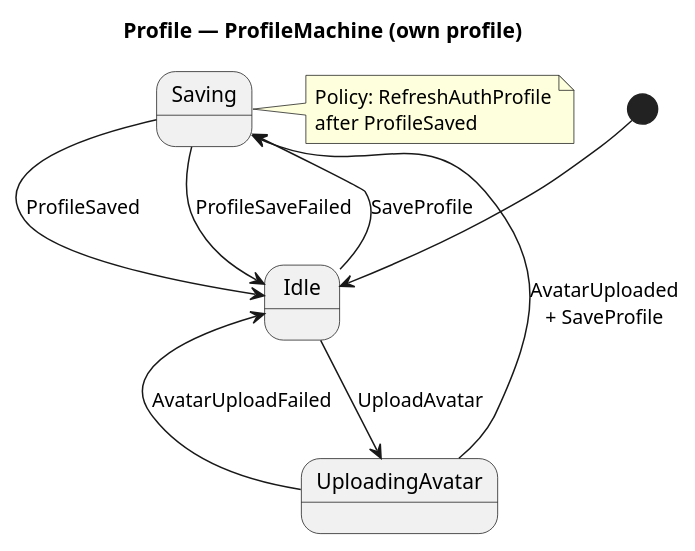
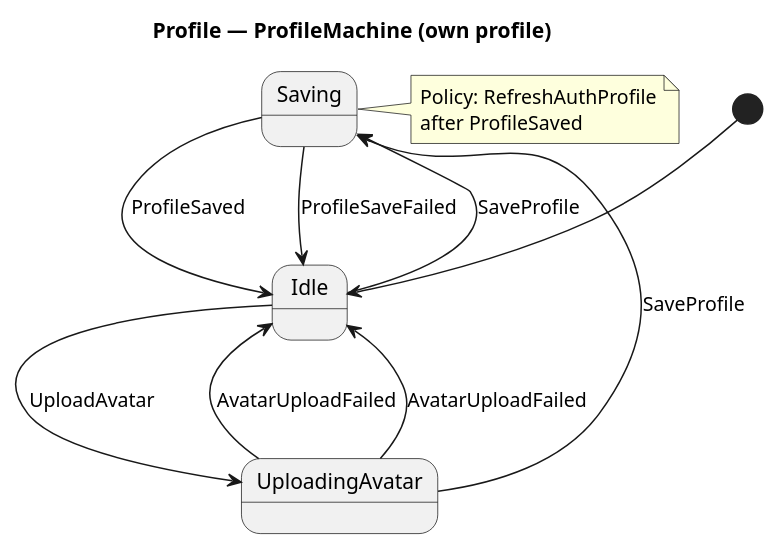
The diagram in docs/model/uml/profile/profile-edit-state.puml (alfred-im/alfred-im), drawn with PlantUML before and after one commit. The commit also changed 97 other files, not shown here.

```diff
--- a/docs/model/uml/profile/profile-edit-state.puml
+++ b/docs/model/uml/profile/profile-edit-state.puml
@@ -1,27 +1,28 @@
 @startuml profile-edit-state
 ' Context: profile
 ' SDD: PROM-PROFILE-IDENTITY
 ' Revision: 2026-07-19
 
 title Profile — ProfileMachine (own profile)
 
 state Idle
 state Saving
 state UploadingAvatar
 
 [*] --> Idle
 
 Idle --> Saving : SaveProfile
 Saving --> Idle : ProfileSaved
 Saving --> Idle : ProfileSaveFailed
 
 Idle --> UploadingAvatar : UploadAvatar
-UploadingAvatar --> Saving : AvatarUploaded\n+ SaveProfile
+UploadingAvatar --> Saving : SaveProfile
+UploadingAvatar --> Idle : AvatarUploadFailed
 UploadingAvatar --> Idle : AvatarUploadFailed
 
 note right of Saving
   Policy: RefreshAuthProfile
   after ProfileSaved
 end note
 
 @enduml
```
